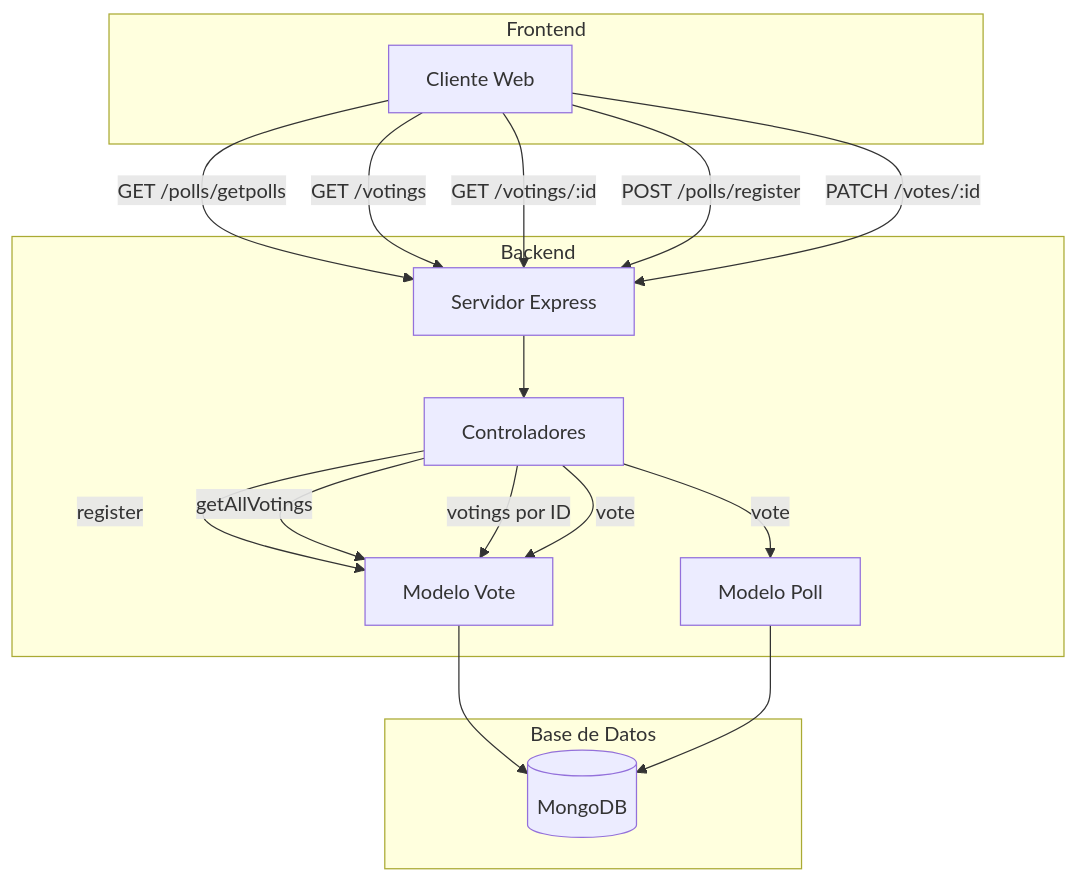
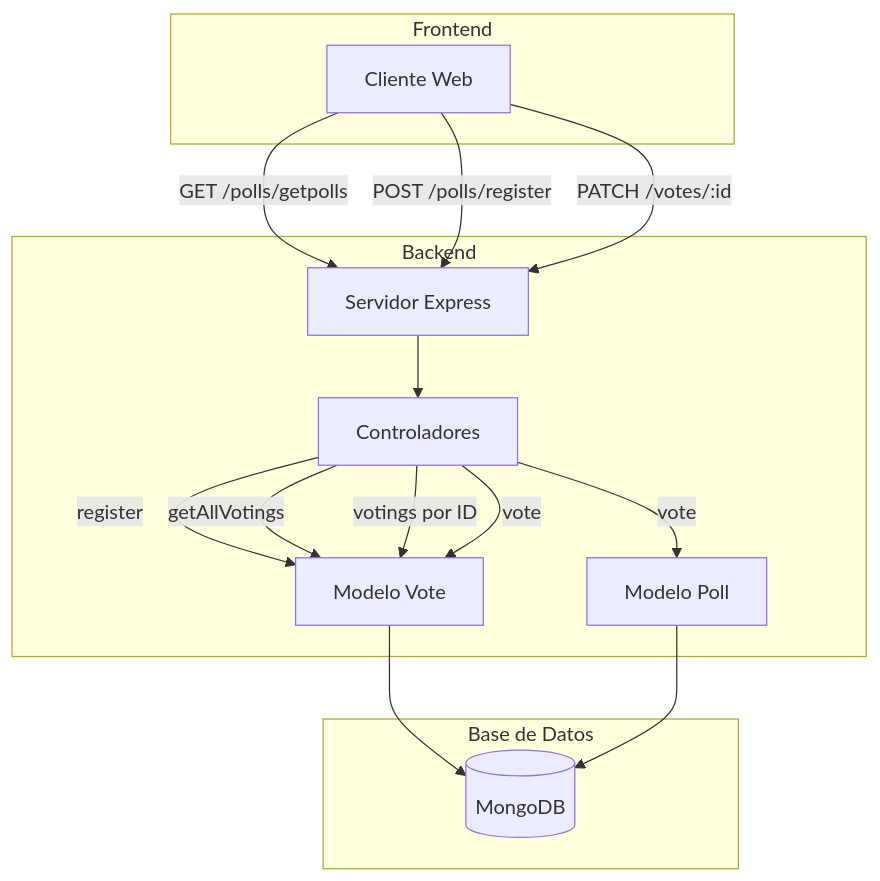
One commit to Tomas-crypto14/Proyecto-Backend-Tomas-Ruben-Joaquim changed the diagram in README.md. Above: the diagram before and after it, drawn with Mermaid.

Commit message:
Readme.md Mermaid

````diff
--- a/README.md
+++ b/README.md
@@ -1,33 +1,31 @@
 ```mermaid
 graph TD
     A[Cliente Web] -->|GET /polls/getpolls| B[Servidor Express]
-    A -->|GET /votings| B
-    A -->|GET /votings/:id| B
     A -->|POST /polls/register| B
     A -->|PATCH /votes/:id| B
 
     B --> C[Controladores]
     C -->|register| D[Modelo Vote]
     C -->|getAllVotings| D
     C -->|"votings por ID"| D
     C -->|vote| D
     C -->|vote| E[Modelo Poll]
 
     D --> F[(MongoDB)]
     E --> F
 
     subgraph Frontend
         A
     end
 
     subgraph Backend
         B
         C
         D
         E
     end
 
     subgraph Base de Datos
     F
     end
 ```
````
